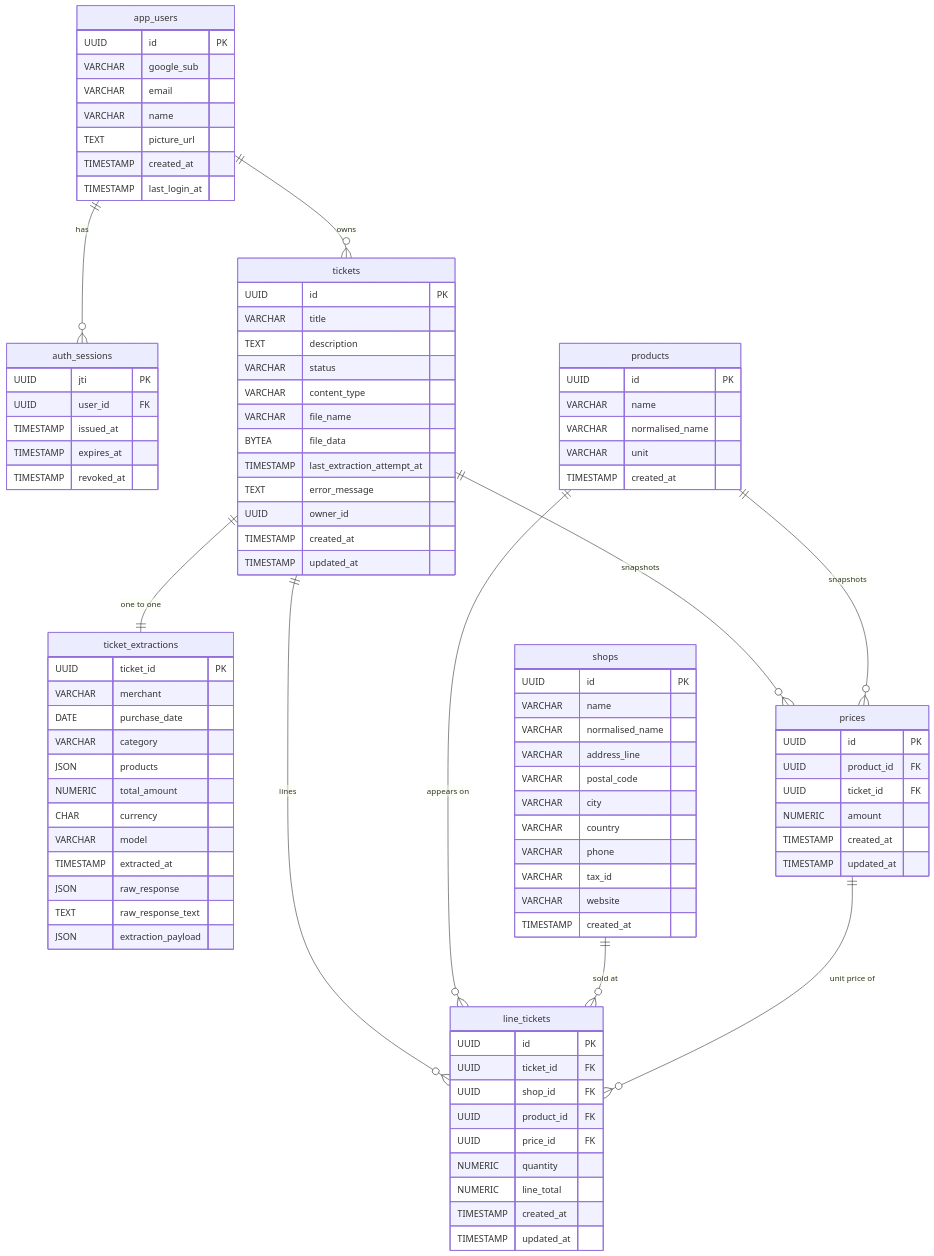
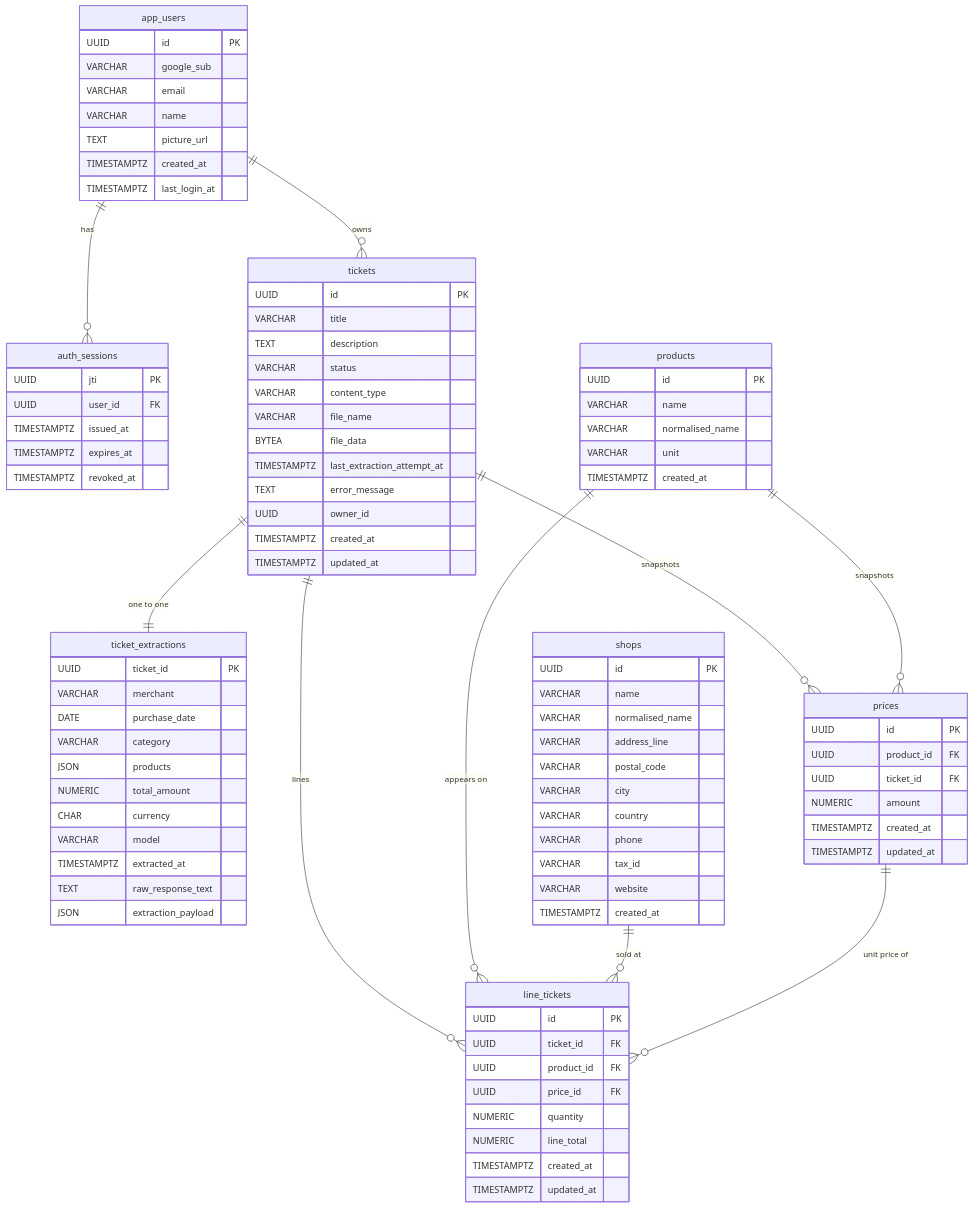
Before and after one commit to arepresas/ticketApp: the diagram in docs/erd/schema.md, drawn with Mermaid. The commit also changed other lines of this file and 3 other files, not shown here.

Commit message:
docs: correct the ERD and the ADRs that no longer match the code

````diff
--- a/docs/erd/schema.md
+++ b/docs/erd/schema.md
@@ -24,16 +25,16 @@
         VARCHAR email
         VARCHAR name
         TEXT picture_url
-        TIMESTAMP created_at
-        TIMESTAMP last_login_at
+        TIMESTAMPTZ created_at
+        TIMESTAMPTZ last_login_at
     }
 
     auth_sessions {
         UUID jti PK
         UUID user_id FK
-        TIMESTAMP issued_at
-        TIMESTAMP expires_at
-        TIMESTAMP revoked_at
+        TIMESTAMPTZ issued_at
+        TIMESTAMPTZ expires_at
+        TIMESTAMPTZ revoked_at
     }
 
     tickets {
@@ -44,11 +45,11 @@
         VARCHAR content_type
         VARCHAR file_name
         BYTEA file_data
-        TIMESTAMP last_extraction_attempt_at
+        TIMESTAMPTZ last_extraction_attempt_at
         TEXT error_message
         UUID owner_id
-        TIMESTAMP created_at
-        TIMESTAMP updated_at
+        TIMESTAMPTZ created_at
+        TIMESTAMPTZ updated_at
     }
 
     ticket_extractions {
@@ -60,8 +61,7 @@
         NUMERIC total_amount
         CHAR currency
         VARCHAR model
-        TIMESTAMP extracted_at
-        JSON raw_response
+        TIMESTAMPTZ extracted_at
         TEXT raw_response_text
         JSON extraction_payload
     }
@@ -77,7 +77,7 @@
         VARCHAR phone
         VARCHAR tax_id
         VARCHAR website
-        TIMESTAMP created_at
+        TIMESTAMPTZ created_at
     }
 
     products {
@@ -85,7 +85,7 @@
         VARCHAR name
         VARCHAR normalised_name
         VARCHAR unit
-        TIMESTAMP created_at
+        TIMESTAMPTZ created_at
     }
 
     prices {
@@ -93,19 +93,18 @@
         UUID product_id FK
         UUID ticket_id FK
         NUMERIC amount
-        TIMESTAMP created_at
-        TIMESTAMP updated_at
+        TIMESTAMPTZ created_at
+        TIMESTAMPTZ updated_at
     }
 
     line_tickets {
         UUID id PK
         UUID ticket_id FK
-        UUID shop_id FK
         UUID product_id FK
         UUID price_id FK
         NUMERIC quantity
         NUMERIC line_total
-        TIMESTAMP created_at
-        TIMESTAMP updated_at
+        TIMESTAMPTZ created_at
+        TIMESTAMPTZ updated_at
     }
 ```
````
